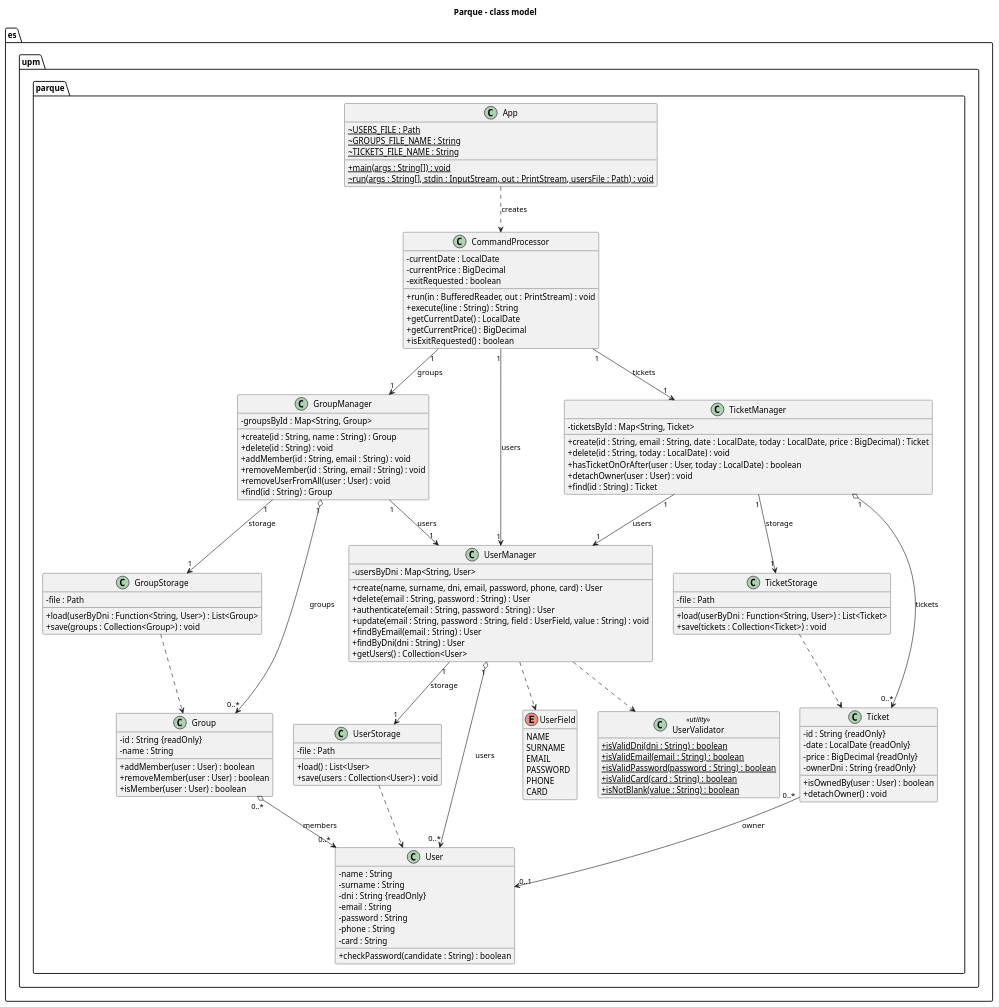
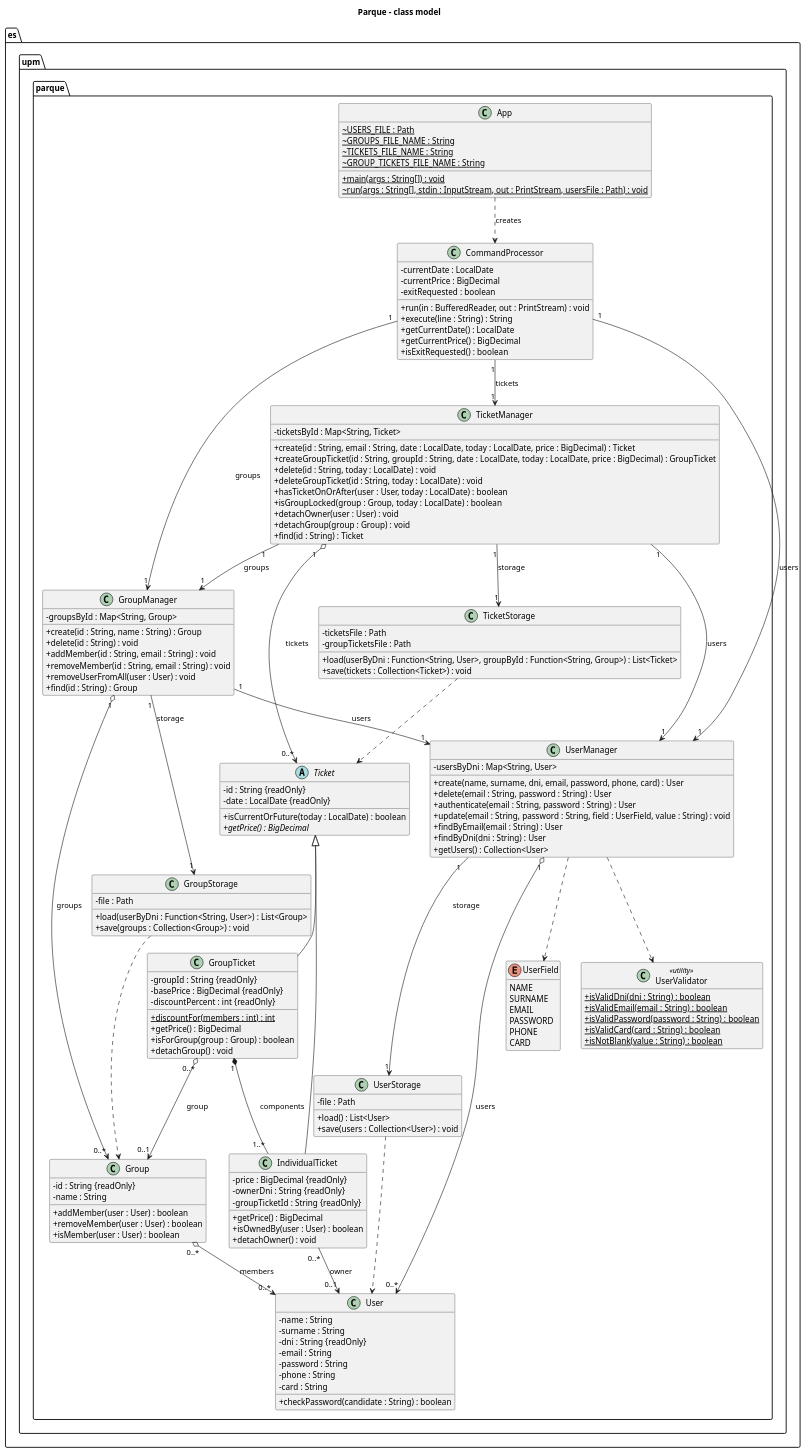
One commit to skai-upm/caise27 changed the diagram in docs/uml/model.puml. Above: the diagram before and after it, drawn with PlantUML. The commit also changed 23 other files, not shown here.

```diff
--- a/docs/uml/model.puml
+++ b/docs/uml/model.puml
@@ -1,142 +1,170 @@
 @startuml model
 title Parque - class model
 
 skinparam classAttributeIconSize 0
 hide empty members
 
 package es.upm.parque {
 
   class App {
     {static} ~USERS_FILE : Path
     {static} ~GROUPS_FILE_NAME : String
     {static} ~TICKETS_FILE_NAME : String
+    {static} ~GROUP_TICKETS_FILE_NAME : String
     +{static} main(args : String[]) : void
     ~{static} run(args : String[], stdin : InputStream, out : PrintStream, usersFile : Path) : void
   }
 
   class CommandProcessor {
     -currentDate : LocalDate
     -currentPrice : BigDecimal
     -exitRequested : boolean
     +run(in : BufferedReader, out : PrintStream) : void
     +execute(line : String) : String
     +getCurrentDate() : LocalDate
     +getCurrentPrice() : BigDecimal
     +isExitRequested() : boolean
   }
 
   class UserManager {
     -usersByDni : Map<String, User>
     +create(name, surname, dni, email, password, phone, card) : User
     +delete(email : String, password : String) : User
     +authenticate(email : String, password : String) : User
     +update(email : String, password : String, field : UserField, value : String) : void
     +findByEmail(email : String) : User
     +findByDni(dni : String) : User
     +getUsers() : Collection<User>
   }
 
   class UserStorage {
     -file : Path
     +load() : List<User>
     +save(users : Collection<User>) : void
   }
 
   class User {
     -name : String
     -surname : String
     -dni : String {readOnly}
     -email : String
     -password : String
     -phone : String
     -card : String
     +checkPassword(candidate : String) : boolean
   }
 
   enum UserField {
     NAME
     SURNAME
     EMAIL
     PASSWORD
     PHONE
     CARD
   }
 
   class UserValidator <<utility>> {
     +{static} isValidDni(dni : String) : boolean
     +{static} isValidEmail(email : String) : boolean
     +{static} isValidPassword(password : String) : boolean
     +{static} isValidCard(card : String) : boolean
     +{static} isNotBlank(value : String) : boolean
   }
 
   class GroupManager {
     -groupsById : Map<String, Group>
     +create(id : String, name : String) : Group
     +delete(id : String) : void
     +addMember(id : String, email : String) : void
     +removeMember(id : String, email : String) : void
     +removeUserFromAll(user : User) : void
     +find(id : String) : Group
   }
 
   class GroupStorage {
     -file : Path
     +load(userByDni : Function<String, User>) : List<Group>
     +save(groups : Collection<Group>) : void
   }
 
   class Group {
     -id : String {readOnly}
     -name : String
     +addMember(user : User) : boolean
     +removeMember(user : User) : boolean
     +isMember(user : User) : boolean
   }
 
   class TicketManager {
     -ticketsById : Map<String, Ticket>
     +create(id : String, email : String, date : LocalDate, today : LocalDate, price : BigDecimal) : Ticket
+    +createGroupTicket(id : String, groupId : String, date : LocalDate, today : LocalDate, price : BigDecimal) : GroupTicket
     +delete(id : String, today : LocalDate) : void
+    +deleteGroupTicket(id : String, today : LocalDate) : void
     +hasTicketOnOrAfter(user : User, today : LocalDate) : boolean
+    +isGroupLocked(group : Group, today : LocalDate) : boolean
     +detachOwner(user : User) : void
+    +detachGroup(group : Group) : void
     +find(id : String) : Ticket
   }
 
   class TicketStorage {
-    -file : Path
-    +load(userByDni : Function<String, User>) : List<Ticket>
+    -ticketsFile : Path
+    -groupTicketsFile : Path
+    +load(userByDni : Function<String, User>, groupById : Function<String, Group>) : List<Ticket>
     +save(tickets : Collection<Ticket>) : void
   }
 
-  class Ticket {
+  abstract class Ticket {
     -id : String {readOnly}
     -date : LocalDate {readOnly}
+    +isCurrentOrFuture(today : LocalDate) : boolean
+    +{abstract} getPrice() : BigDecimal
+  }
+
+  class IndividualTicket {
     -price : BigDecimal {readOnly}
     -ownerDni : String {readOnly}
+    -groupTicketId : String {readOnly}
+    +getPrice() : BigDecimal
     +isOwnedBy(user : User) : boolean
     +detachOwner() : void
+  }
+
+  class GroupTicket {
+    -groupId : String {readOnly}
+    -basePrice : BigDecimal {readOnly}
+    -discountPercent : int {readOnly}
+    +{static} discountFor(members : int) : int
+    +getPrice() : BigDecimal
+    +isForGroup(group : Group) : boolean
+    +detachGroup() : void
   }
 }
 
 App ..> CommandProcessor : creates
 CommandProcessor "1" --> "1" UserManager : users
 CommandProcessor "1" --> "1" GroupManager : groups
 CommandProcessor "1" --> "1" TicketManager : tickets
 UserManager "1" --> "1" UserStorage : storage
 UserManager "1" o--> "0..*" User : users
 UserManager ..> UserValidator
 UserManager ..> UserField
 GroupManager "1" --> "1" GroupStorage : storage
 GroupManager "1" --> "1" UserManager : users
 GroupManager "1" o--> "0..*" Group : groups
 Group "0..*" o--> "0..*" User : members
 UserStorage ..> User
 GroupStorage ..> Group
 TicketManager "1" --> "1" TicketStorage : storage
 TicketManager "1" --> "1" UserManager : users
+TicketManager "1" --> "1" GroupManager : groups
 TicketManager "1" o--> "0..*" Ticket : tickets
-Ticket "0..*" --> "0..1" User : owner
+Ticket <|-- IndividualTicket
+Ticket <|-- GroupTicket
+IndividualTicket "0..*" --> "0..1" User : owner
+GroupTicket "0..*" o--> "0..1" Group : group
+GroupTicket "1" *-- "1..*" IndividualTicket : components
 TicketStorage ..> Ticket
 
 @enduml
```
